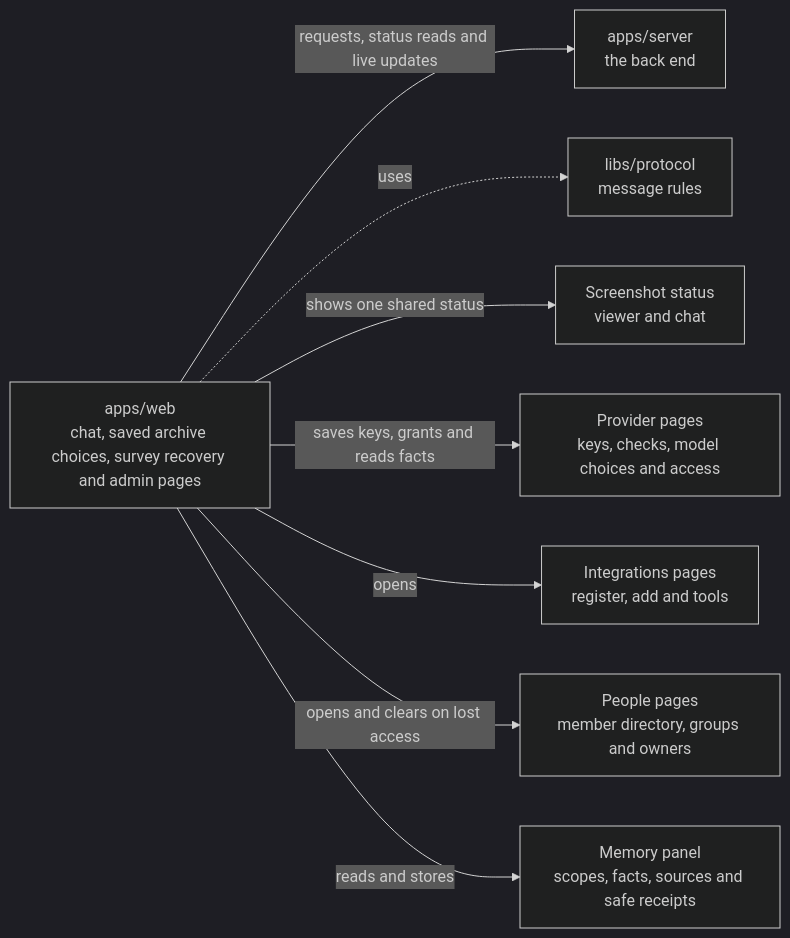
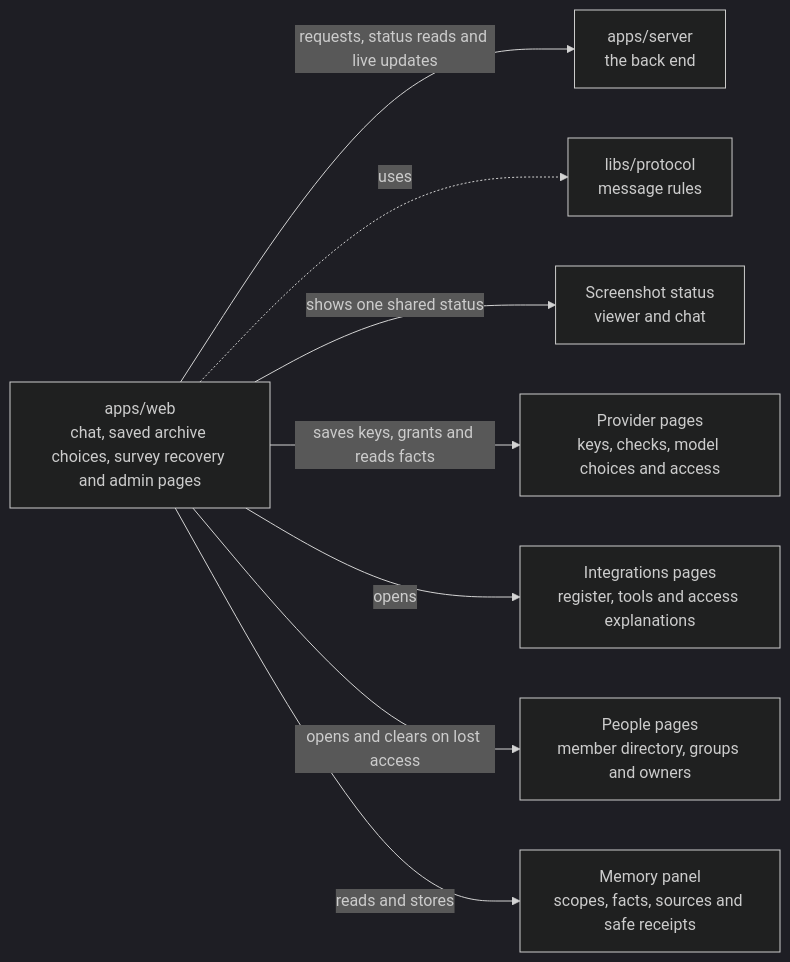
The diagram in apps/web/README.md (elewa-git/opencrane-new), drawn with Mermaid (dark theme) before and after one commit. The commit also changed other lines of this file and 23 other files, not shown here.

````diff
--- a/apps/web/README.md
+++ b/apps/web/README.md
@@ -11,10 +11,10 @@
 ```mermaid
 flowchart LR
   web["apps/web<br/>chat, saved archive choices, survey recovery and admin pages"] -->|requests, status reads and live updates| server["apps/server<br/>the back end"]
   web -.->|uses| protocol["libs/protocol<br/>message rules"]
   web -->|shows one shared status| capture["Screenshot status<br/>viewer and chat"]
   web -->|saves keys, grants and reads facts| providers["Provider pages<br/>keys, checks, model choices and access"]
-  web -->|opens| integrations["Integrations pages<br/>register, add and tools"]
+  web -->|opens| integrations["Integrations pages<br/>register, tools and access explanations"]
   web -->|opens and clears on lost access| people["People pages<br/>member directory, groups and owners"]
   web -->|reads and stores| memory["Memory panel<br/>scopes, facts, sources and safe receipts"]
 ```
````
